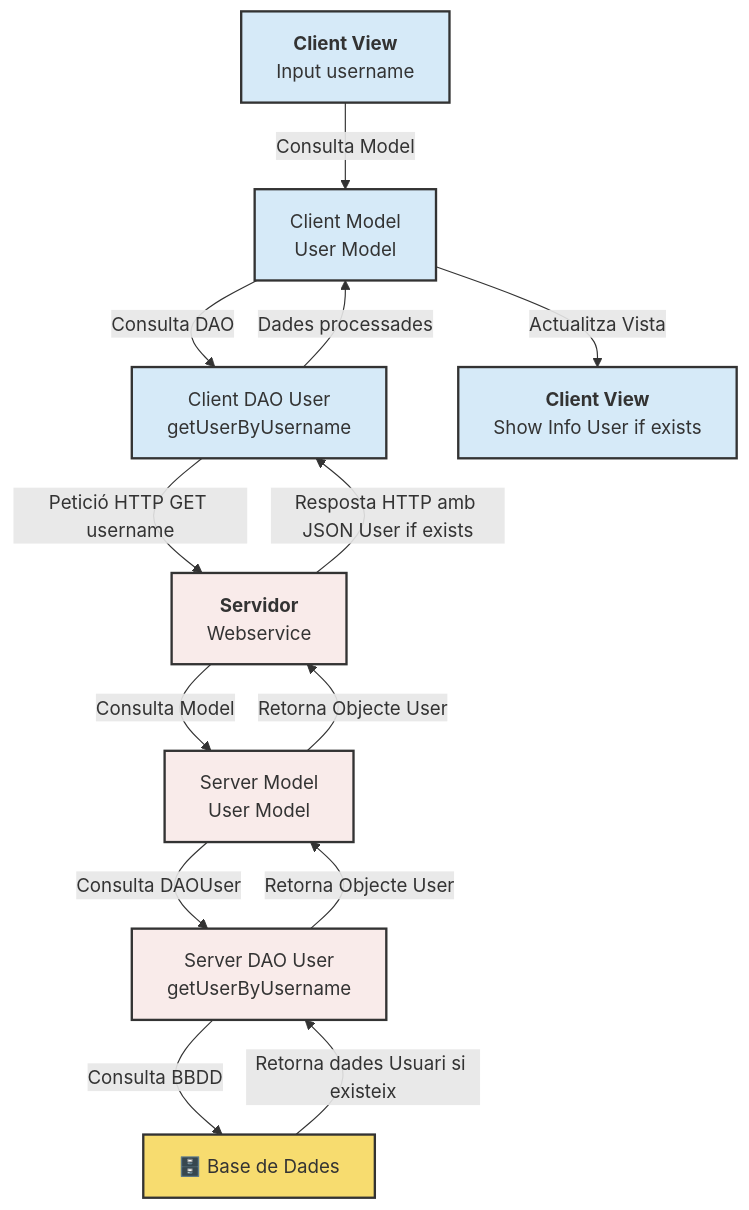
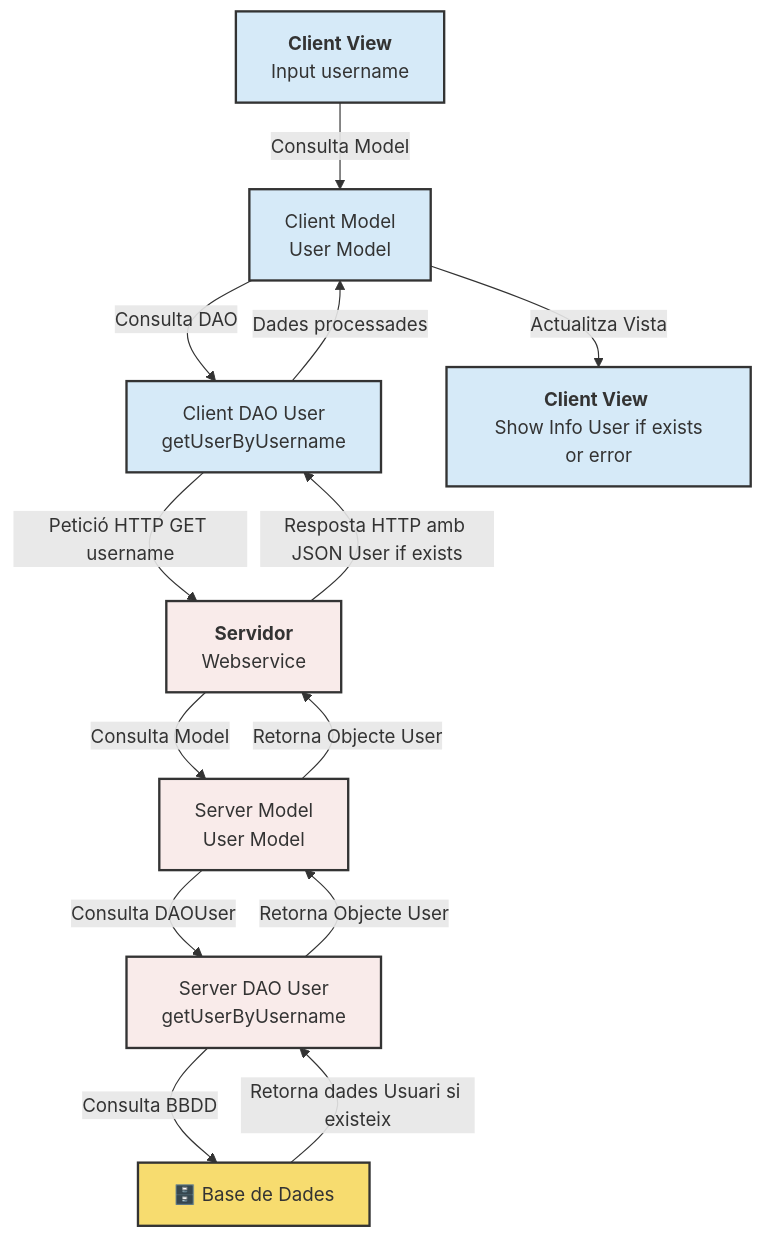
One commit to amallad2/tapatapp-24-25-public changed the diagram in charts/mvcp1extended.mermaid. Above: the diagram before and after it, drawn with Mermaid.

```diff
--- a/charts/mvcp1extended.mermaid
+++ b/charts/mvcp1extended.mermaid
@@ -1,24 +1,24 @@
 flowchart TD
     A["<b>Client View</b> <br> Input username"] -->|Consulta Model| M["Client Model <br> User Model"]
     M -->|Consulta DAO| B["Client DAO User<br> getUserByUsername"]
     B -->|Petició HTTP GET username| C["<b>Servidor</b> <br> Webservice"]
     
     C -->|Consulta Model| N["Server Model <br> User Model"]
     N -->|Consulta DAOUser| D["Server DAO User <br> getUserByUsername"]
     D -->|Consulta BBDD| DB["🗄️ Base de Dades"]
     
     DB -->|Retorna dades Usuari si existeix| D
     D -->|Retorna Objecte User| N
     N -->|Retorna Objecte User| C
     
     C -->|Resposta HTTP amb JSON User if exists| B
     B -->|Dades processades| M
-    M -->|Actualitza Vista| F["<b>Client View</b> <br> Show Info User if exists"]
+    M -->|Actualitza Vista| F["<b>Client View</b> <br> Show Info User if exists or error"]
     
     classDef client fill:#D6EAF8,stroke:#333,stroke-width:2px;
     classDef server fill:#F9EBEA,stroke:#333,stroke-width:2px;
     classDef db fill:#F7DC6F,stroke:#333,stroke-width:2px;
     
     class A,M,B,F client;
     class C,N,D server;
     class DB db;
```
